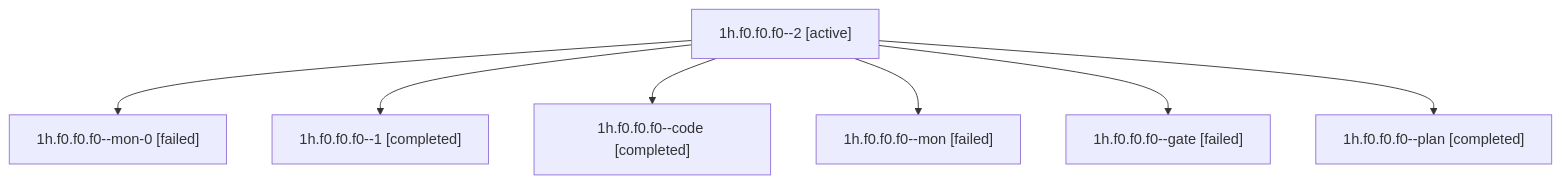
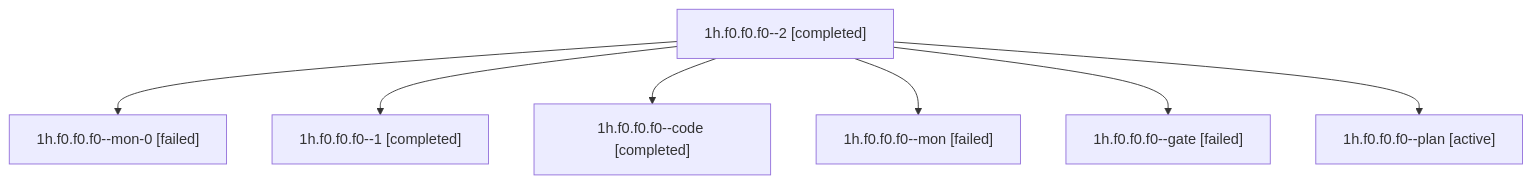
Before and after one commit to sase-org/sase--agents: the diagram in families/bbugyi200.apollo.1h.f0.f0.f0.md, drawn with Mermaid. The commit also changed other lines of this file and 150 other files, not shown here.

````diff
--- a/families/bbugyi200.apollo.1h.f0.f0.f0.md
+++ b/families/bbugyi200.apollo.1h.f0.f0.f0.md
@@ -9,16 +9,16 @@
 ```mermaid
 flowchart TD
-  n0["1h.f0.f0.f0--2 [active]"]
+  n0["1h.f0.f0.f0--2 [completed]"]
   n1["1h.f0.f0.f0--mon-0 [failed]"]
   n0 --> n1
   n2["1h.f0.f0.f0--1 [completed]"]
   n0 --> n2
   n3["1h.f0.f0.f0--code [completed]"]
   n0 --> n3
   n4["1h.f0.f0.f0--mon [failed]"]
   n0 --> n4
   n5["1h.f0.f0.f0--gate [failed]"]
   n0 --> n5
-  n6["1h.f0.f0.f0--plan [completed]"]
+  n6["1h.f0.f0.f0--plan [active]"]
   n0 --> n6
 ```
````
